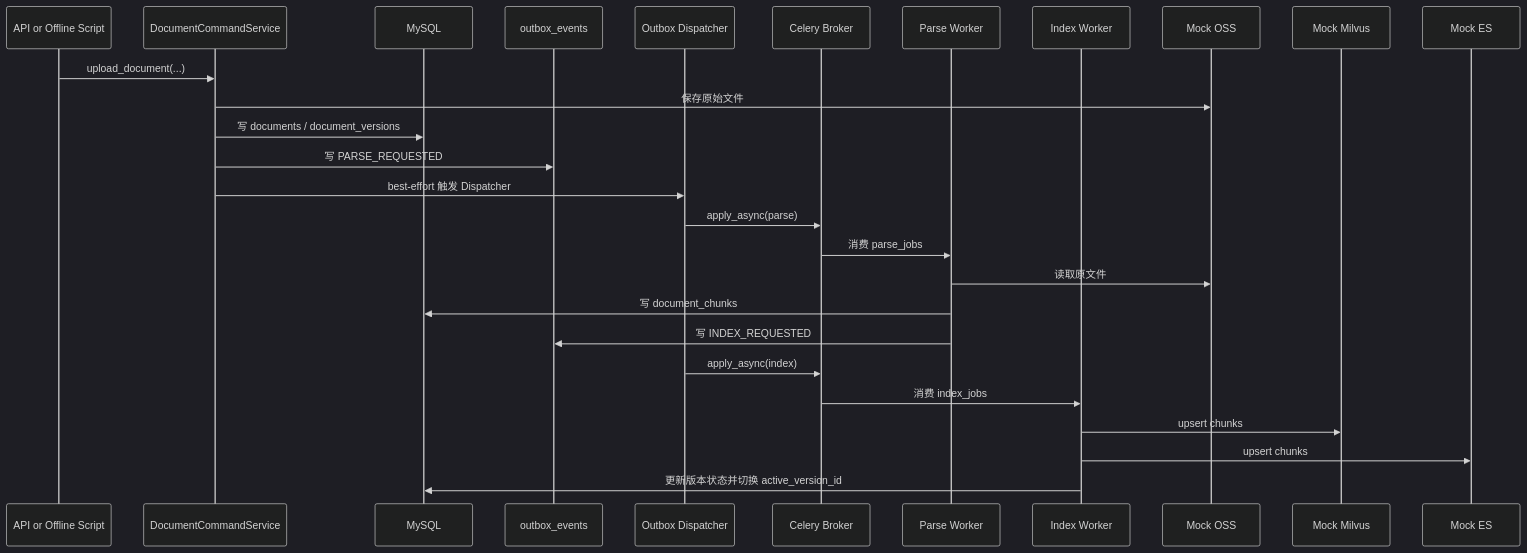
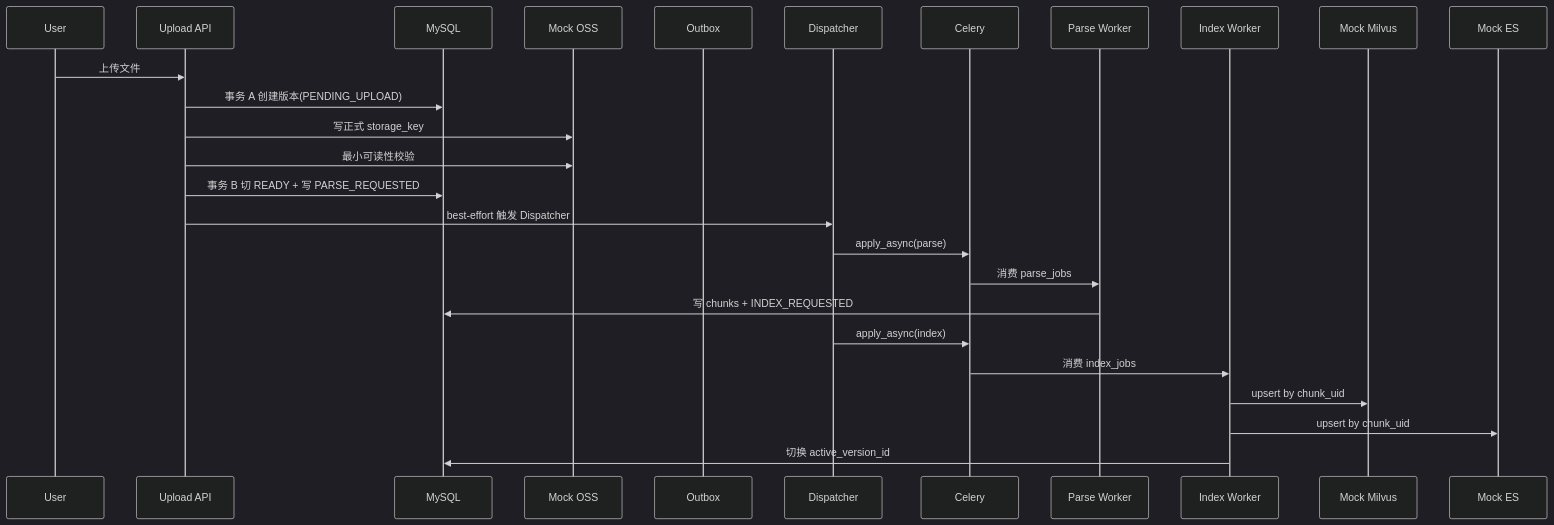
One commit to kkk935208447/learning_common_lib changed the first of 2 diagrams in src/learning_common_lib/案例/实现AgenticRAG数据库管理/最小可执行demo/README.md. Above: the diagram before and after it, drawn with Mermaid (dark theme). The commit also changed other lines of this file and 25 other files, not shown here.

````diff
--- a/src/learning_common_lib/案例/实现AgenticRAG数据库管理/最小可执行demo/README.md
+++ b/src/learning_common_lib/案例/实现AgenticRAG数据库管理/最小可执行demo/README.md
@@ -257,30 +224,29 @@
 ```mermaid
 sequenceDiagram
-    participant Client as API or Offline Script
-    participant Command as DocumentCommandService
+    participant U as User
+    participant API as Upload API
     participant DB as MySQL
-    participant Outbox as outbox_events
-    participant Disp as Outbox Dispatcher
-    participant Celery as Celery Broker
-    participant Parse as Parse Worker
-    participant Index as Index Worker
     participant OSS as Mock OSS
+    participant OUTBOX as Outbox
+    participant DISP as Dispatcher
+    participant CELERY as Celery
+    participant PARSE as Parse Worker
+    participant INDEX as Index Worker
     participant VDB as Mock Milvus
     participant SDB as Mock ES
 
-    Client->>Command: upload_document(...)
-    Command->>OSS: 保存原始文件
-    Command->>DB: 写 documents / document_versions
-    Command->>Outbox: 写 PARSE_REQUESTED
-    Command->>Disp: best-effort 触发 Dispatcher
-    Disp->>Celery: apply_async(parse)
-    Celery->>Parse: 消费 parse_jobs
-    Parse->>OSS: 读取原文件
-    Parse->>DB: 写 document_chunks
-    Parse->>Outbox: 写 INDEX_REQUESTED
-    Disp->>Celery: apply_async(index)
-    Celery->>Index: 消费 index_jobs
-    Index->>VDB: upsert chunks
-    Index->>SDB: upsert chunks
-    Index->>DB: 更新版本状态并切换 active_version_id
+    U->>API: 上传文件
+    API->>DB: 事务 A 创建版本(PENDING_UPLOAD)
+    API->>OSS: 写正式 storage_key
+    API->>OSS: 最小可读性校验
+    API->>DB: 事务 B 切 READY + 写 PARSE_REQUESTED
+    API->>DISP: best-effort 触发 Dispatcher
+    DISP->>CELERY: apply_async(parse)
+    CELERY->>PARSE: 消费 parse_jobs
+    PARSE->>DB: 写 chunks + INDEX_REQUESTED
+    DISP->>CELERY: apply_async(index)
+    CELERY->>INDEX: 消费 index_jobs
+    INDEX->>VDB: upsert by chunk_uid
+    INDEX->>SDB: upsert by chunk_uid
+    INDEX->>DB: 切换 active_version_id
 ```
````
